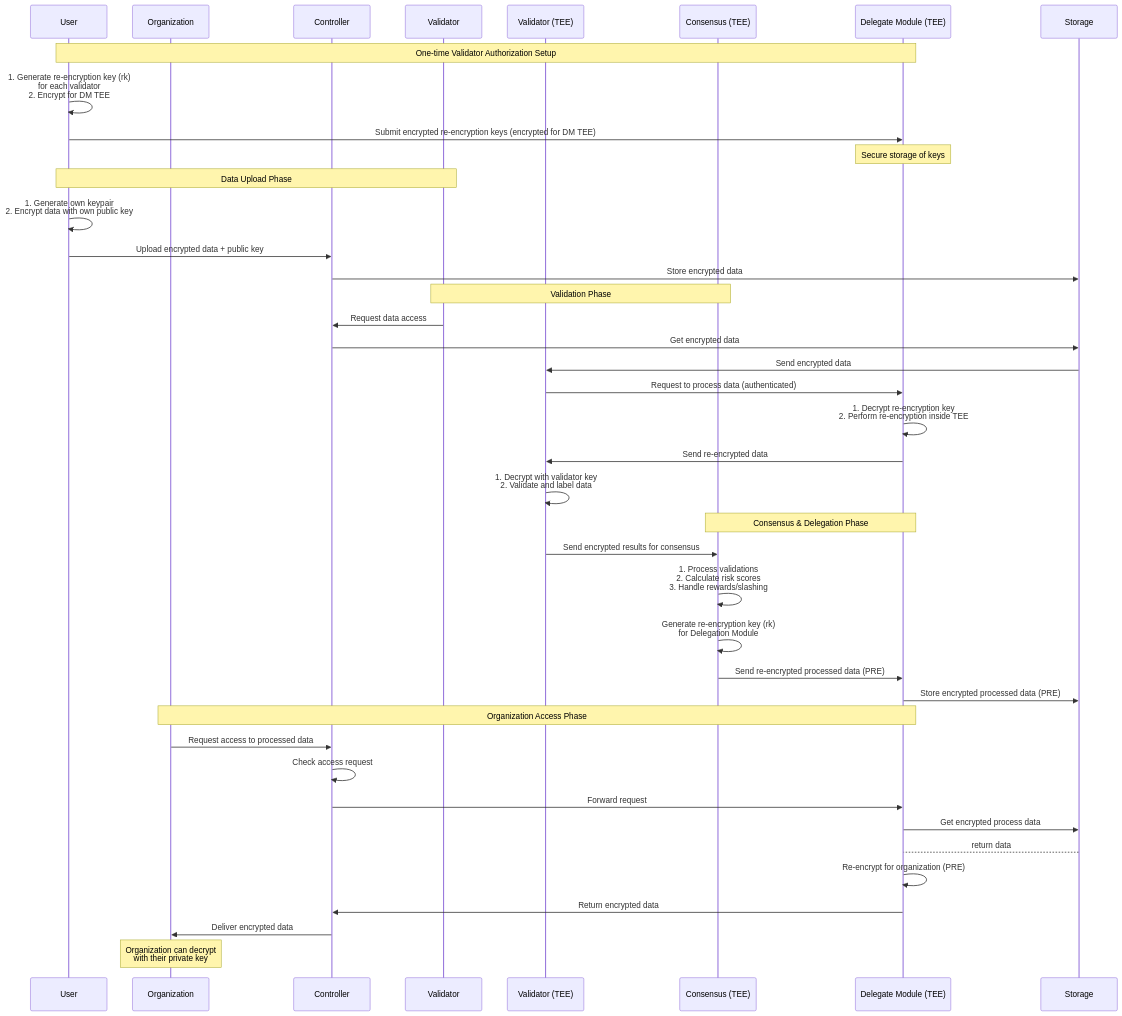
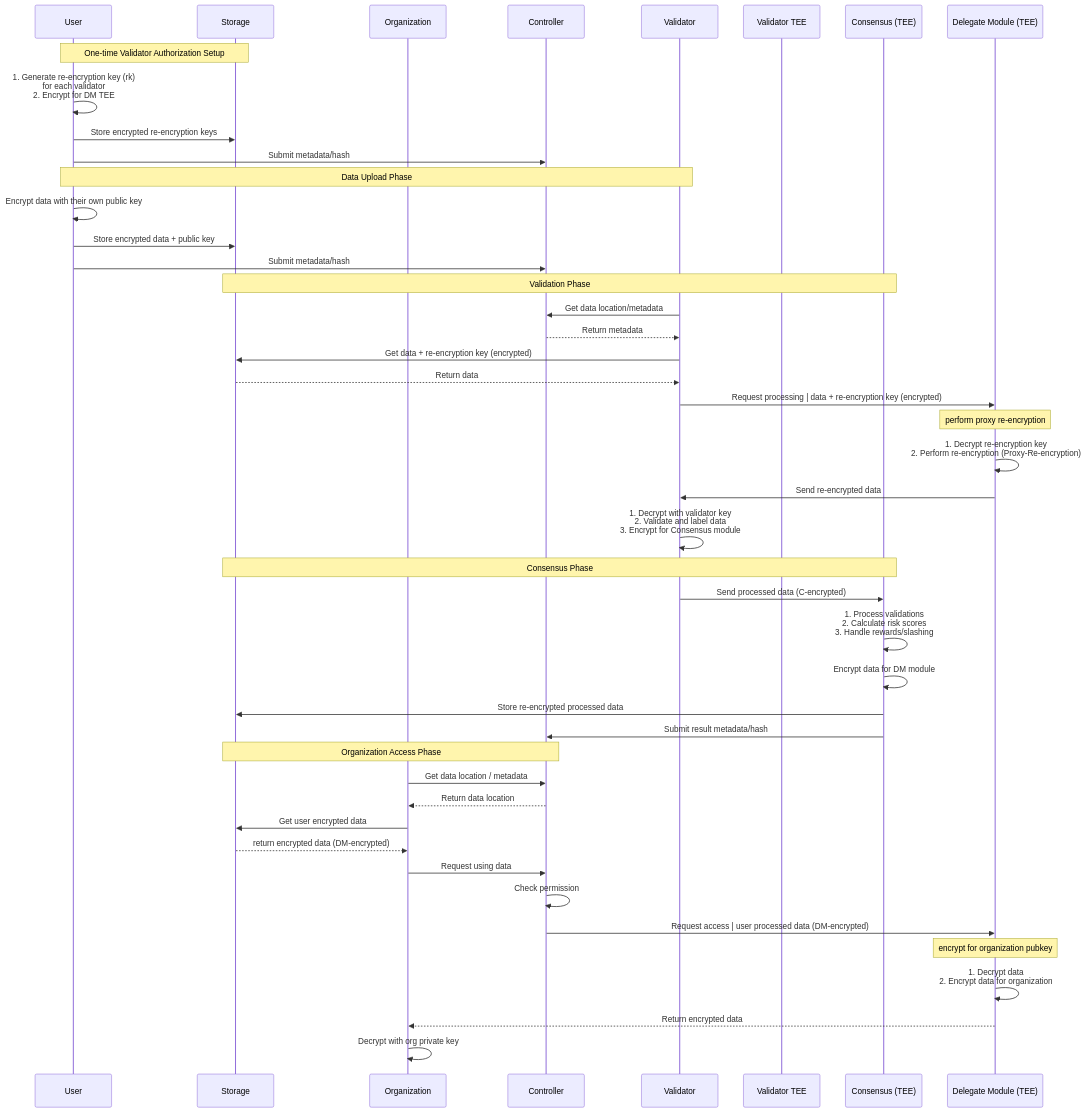
Before and after one commit to kien-genetica/secure-genom: the diagram in docs/system-flow.md, drawn with Mermaid.

Commit message:
update flow

````diff
--- a/docs/system-flow.md
+++ b/docs/system-flow.md
@@ -1,57 +1,64 @@
 ```mermaid
 sequenceDiagram
-participant U as User
-participant O as Organization
-participant G as Controller
-participant V as Validator
-participant VT as Validator (TEE)
-participant C as Consensus (TEE)
-participant DM as Delegate Module (TEE)
-participant S as Storage
+    participant U as User
+    participant S as Storage
+    participant O as Organization
+    participant G as Controller
+    participant V as Validator
+    participant VT as Validator TEE
+    participant C as Consensus (TEE)
+    participant DM as Delegate Module (TEE)
 
-    %% One-time Validator Setup
-    Note over U,DM: One-time Validator Authorization Setup
+    %% One-time User Validator Setup
+    Note over U,S: One-time Validator Authorization Setup
     U->>U: 1. Generate re-encryption key (rk)<br/>for each validator <br/> 2. Encrypt for DM TEE
-    U->>DM: Submit encrypted re-encryption keys (encrypted for DM TEE)
-    Note over DM: Secure storage of keys
+    U->>S: Store encrypted re-encryption keys
+    U->>G: Submit metadata/hash
+
+
 
     %% Data Upload with PRE
     Note over U,V: Data Upload Phase
-    U->>U: 1. Generate own keypair<br/>2. Encrypt data with own public key
-    U->>G: Upload encrypted data + public key
-    G->>S: Store encrypted data
+    U->>U: Encrypt data with their own public key
+    U->>S: Store encrypted data + public key
+    U->>G: Submit metadata/hash
 
     %% Validator Processing
-    Note over V,C: Validation Phase
-    V->>G: Request data access
-    G->>S: Get encrypted data
-    S->>VT: Send encrypted data
+    Note over S,C: Validation Phase
+    V->>G: Get data location/metadata
+    G-->>V: Return metadata
+    V->>S: Get data + re-encryption key (encrypted)
+    S-->>V: Return data
 
-    VT->>DM: Request to process data (authenticated)
-    DM->>DM: 1. Decrypt re-encryption key<br/>2. Perform re-encryption inside TEE
-    DM->>VT: Send re-encrypted data
+    V->>DM: Request processing | data + re-encryption key (encrypted)
+    Note over DM: perform proxy re-encryption
+    DM->>DM: 1. Decrypt re-encryption key<br/>2. Perform re-encryption (Proxy-Re-encryption)
+    DM->>V: Send re-encrypted data
 
-    VT->>VT: 1. Decrypt with validator key<br/>2. Validate and label data
+    V->>V: 1. Decrypt with validator key<br/>2. Validate and label data <br/> 3. Encrypt for Consensus module
 
-    %% Consensus Phase with PRE
-    Note over C,DM: Consensus & Delegation Phase
-    VT->>C: Send encrypted results for consensus
+    %% Consensus Phase
+    Note over C,S: Consensus Phase
+    V->>C: Send processed data (C-encrypted)
     C->>C: 1. Process validations<br/>2. Calculate risk scores<br/>3. Handle rewards/slashing
-    C->>C: Generate re-encryption key (rk)<br/>for Delegation Module
-    C->>DM: Send re-encrypted processed data (PRE)
-    DM->>S: Store encrypted processed data (PRE)
+    C->>C: Encrypt data for DM module
+    C->>S: Store re-encrypted processed data
+    C->>G: Submit result metadata/hash
 
-    %% Organization Access Phase
-    Note over O,DM: Organization Access Phase
-    O->>G: Request access to processed data
-    G->>G: Check access request
-    G->>DM: Forward request
-    DM->>S: Get encrypted process data
-    S--> DM: return data
-    DM->>DM: Re-encrypt for organization (PRE)
-    DM->>G: Return encrypted data
-    G->>O: Deliver encrypted data
+    %% Organization Access
+    Note over S,G: Organization Access Phase
+    O->>G: Get data location / metadata
+    G-->>O: Return data location
+    O->>S: Get user encrypted data
+    S-->>O: return encrypted data (DM-encrypted)
 
-    Note over O: Organization can decrypt<br/>with their private key
+    O->>G: Request using data
+    G->>G: Check permission
 
+    G->>DM: Request access | user processed data (DM-encrypted)
+    Note over DM: encrypt for organization pubkey
+    DM->>DM: 1. Decrypt data <br/> 2. Encrypt data for organization
+    DM-->>O: Return encrypted data
+
+    O->>O: Decrypt with org private key
 ```
````
